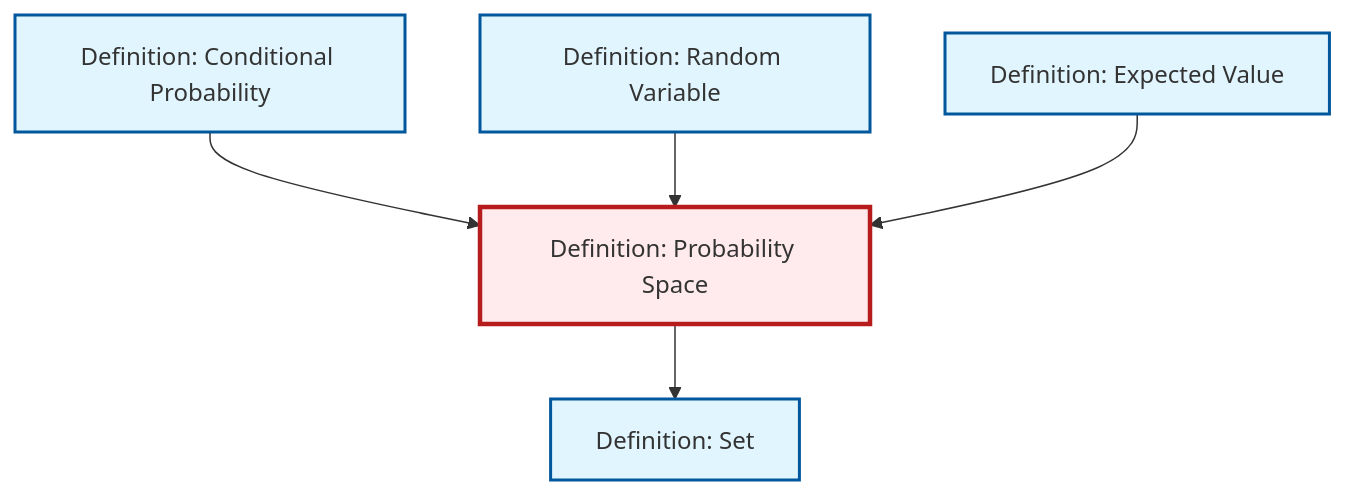
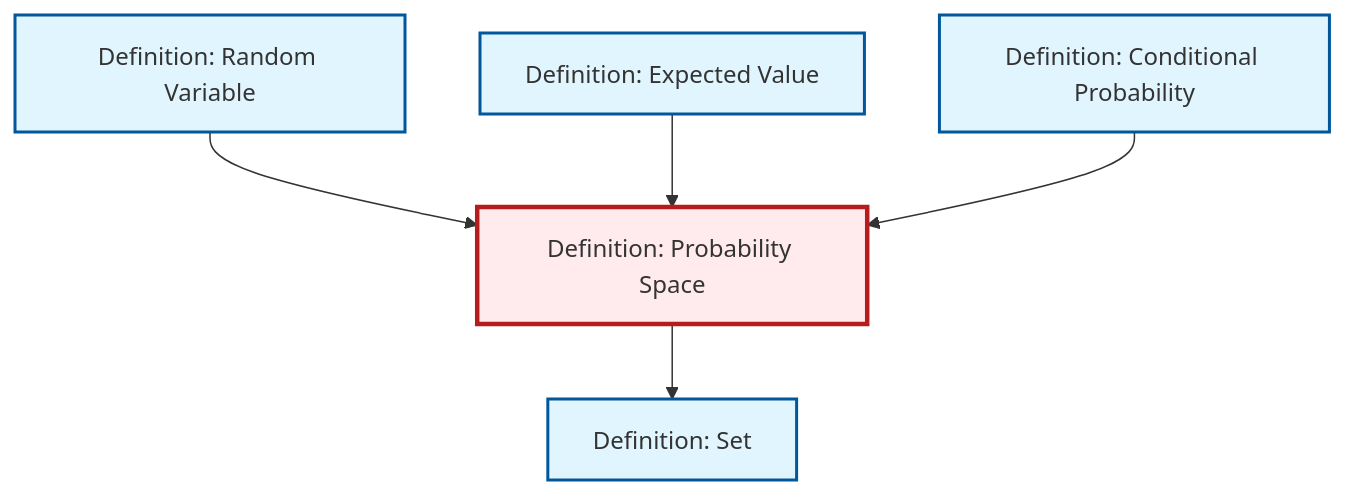
One commit to RK0429/ModernMath changed the diagram in content/en/probability-statistics/def-probability-space.qmd. Above: the diagram before and after it, drawn with Mermaid. The commit also changed other lines of this file and 417 other files, not shown here.

````diff
--- a/content/en/probability-statistics/def-probability-space.qmd
+++ b/content/en/probability-statistics/def-probability-space.qmd
@@ -46,23 +46,23 @@
 ```{mermaid}
 %%| fig-cap: "Local dependency graph"
 graph TD
     classDef definition fill:#e1f5fe,stroke:#01579b,stroke-width:2px
     classDef theorem fill:#f3e5f5,stroke:#4a148c,stroke-width:2px
     classDef axiom fill:#fff3e0,stroke:#e65100,stroke-width:2px
     classDef example fill:#e8f5e9,stroke:#1b5e20,stroke-width:2px
     classDef current fill:#ffebee,stroke:#b71c1c,stroke-width:3px
+    def-expectation["Definition: Expected Value"]:::definition
+    def-probability-space["Definition: Probability Space"]:::definition
     def-set["Definition: Set"]:::definition
+    def-random-variable["Definition: Random Variable"]:::definition
     def-conditional-probability["Definition: Conditional Probability"]:::definition
-    def-random-variable["Definition: Random Variable"]:::definition
-    def-probability-space["Definition: Probability Space"]:::definition
-    def-expectation["Definition: Expected Value"]:::definition
-    def-conditional-probability --> def-probability-space
     def-random-variable --> def-probability-space
     def-probability-space --> def-set
     def-expectation --> def-probability-space
+    def-conditional-probability --> def-probability-space
     class def-probability-space current
+    click def-expectation "def-expectation.html" "Go to Expected Value definition"
     click def-set "def-set.html" "Go to Set definition"
+    click def-random-variable "def-random-variable.html" "Go to Random Variable definition"
     click def-conditional-probability "def-conditional-probability.html" "Go to Conditional Probability definition"
-    click def-random-variable "def-random-variable.html" "Go to Random Variable definition"
-    click def-expectation "def-expectation.html" "Go to Expected Value definition"
 ```
````
